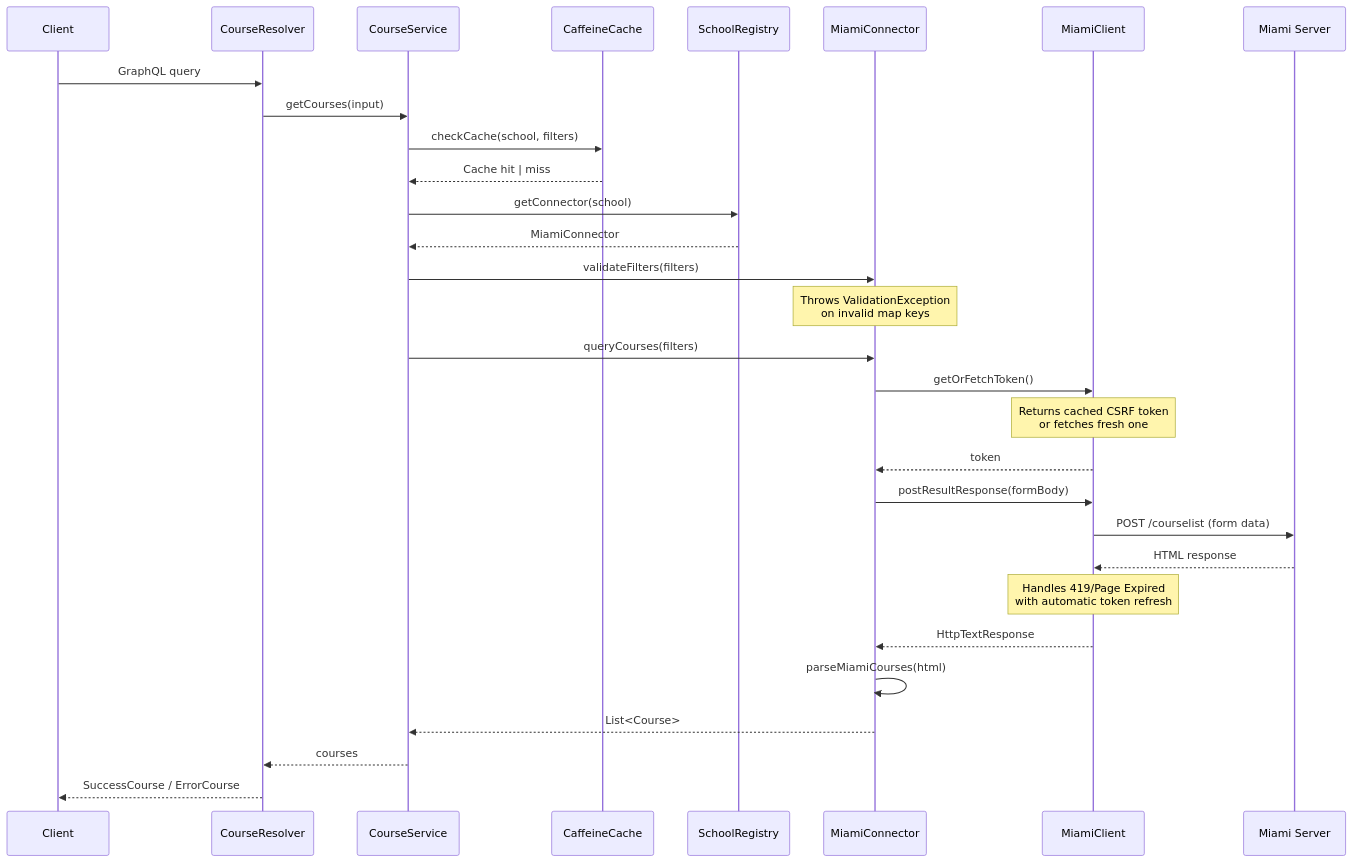
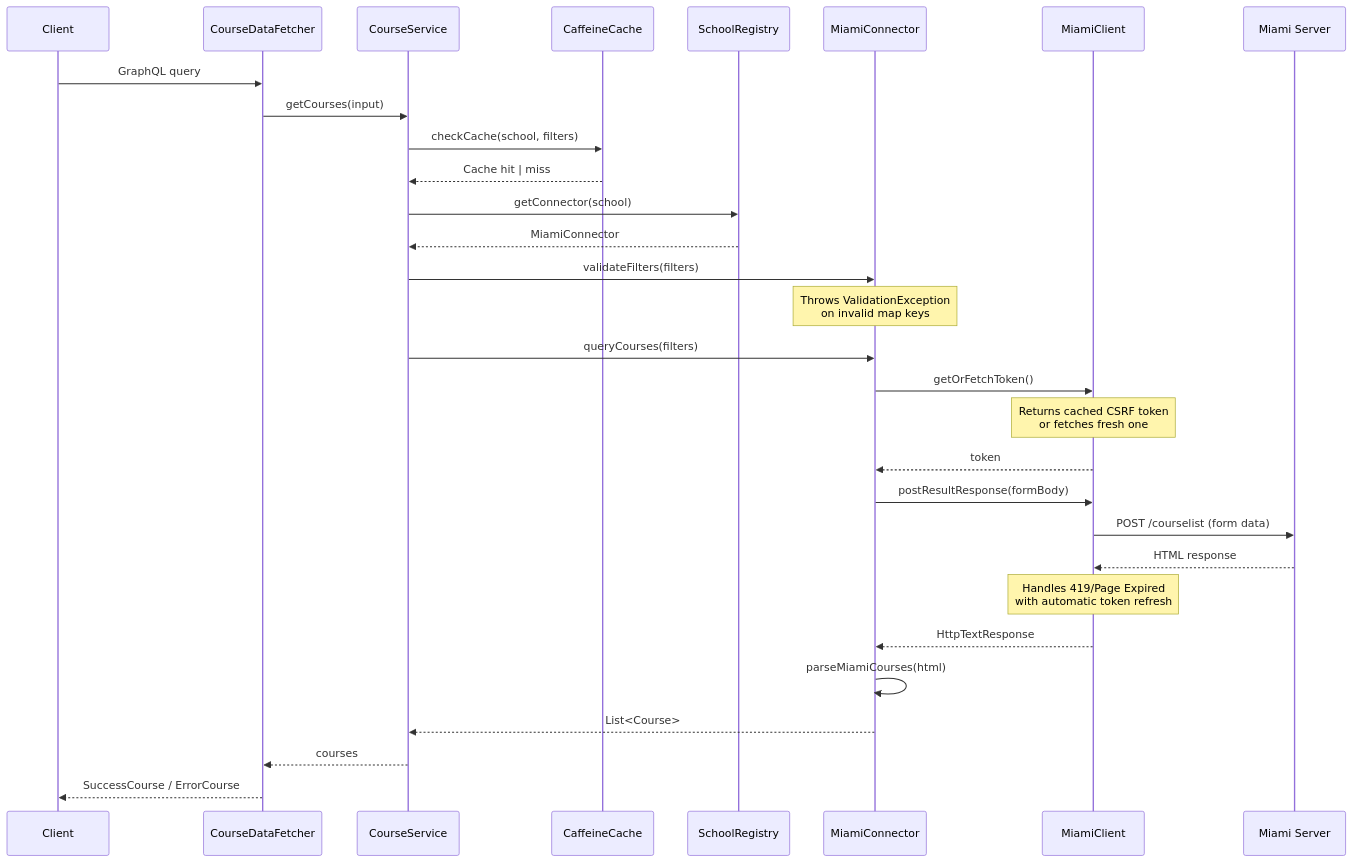
The second of 4 diagrams in README.md (tomdh-git/Miami-CourseAPI), drawn with Mermaid before and after one commit. The commit also changed other lines of this file and 42 other files, not shown here.

````diff
--- a/README.md
+++ b/README.md
@@ -100,33 +100,33 @@
 ```mermaid
 sequenceDiagram
     participant C as Client
-    participant R as CourseResolver
+    participant R as CourseDataFetcher
     participant S as CourseService
     participant CCH as CaffeineCache
     participant REG as SchoolRegistry
     participant MC as MiamiConnector
     participant CL as MiamiClient
     participant M as Miami Server
 
     C->>R: GraphQL query
     R->>S: getCourses(input)
     S->>CCH: checkCache(school, filters)
     CCH-->>S: Cache hit | miss
     S->>REG: getConnector(school)
     REG-->>S: MiamiConnector
     S->>MC: validateFilters(filters)
     Note over MC: Throws ValidationException<br/>on invalid map keys
     S->>MC: queryCourses(filters)
     MC->>CL: getOrFetchToken()
     Note over CL: Returns cached CSRF token<br/>or fetches fresh one
     CL-->>MC: token
     MC->>CL: postResultResponse(formBody)
     CL->>M: POST /courselist (form data)
     M-->>CL: HTML response
     Note over CL: Handles 419/Page Expired<br/>with automatic token refresh
     CL-->>MC: HttpTextResponse
     MC->>MC: parseMiamiCourses(html)
     MC-->>S: List<Course>
     S-->>R: courses
     R-->>C: SuccessCourse / ErrorCourse
 ```
````
